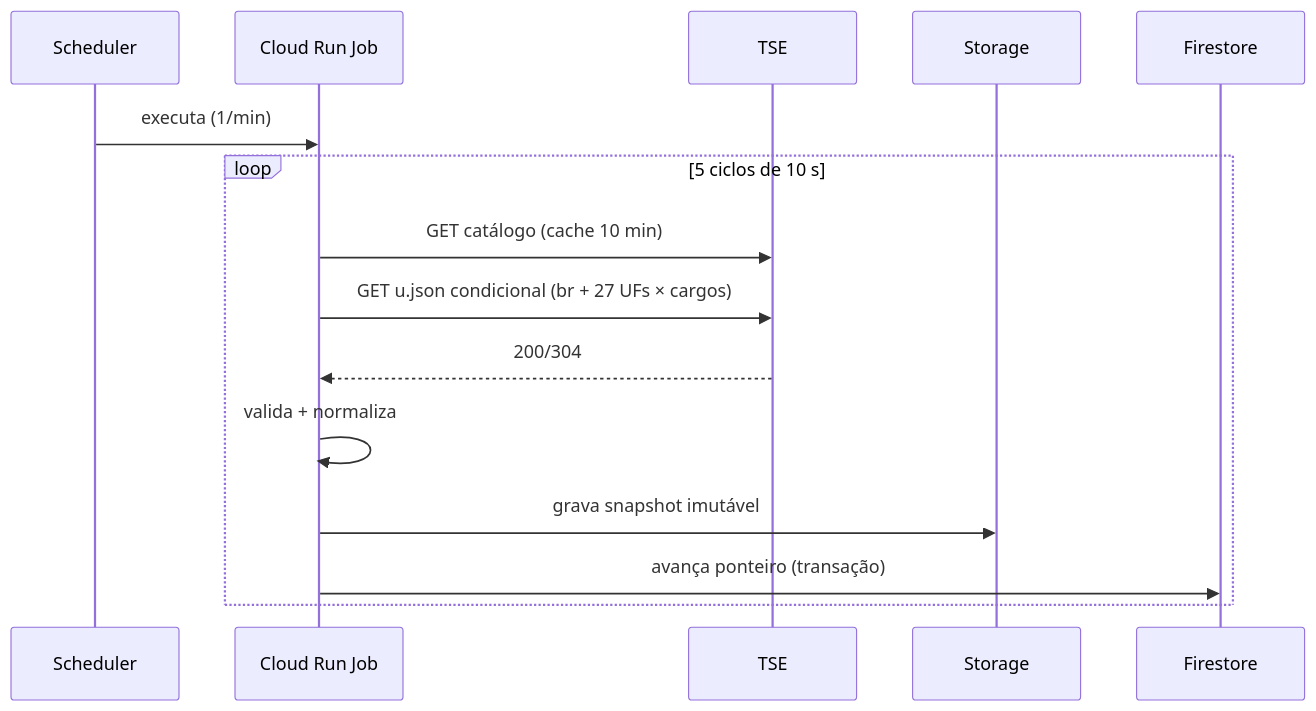
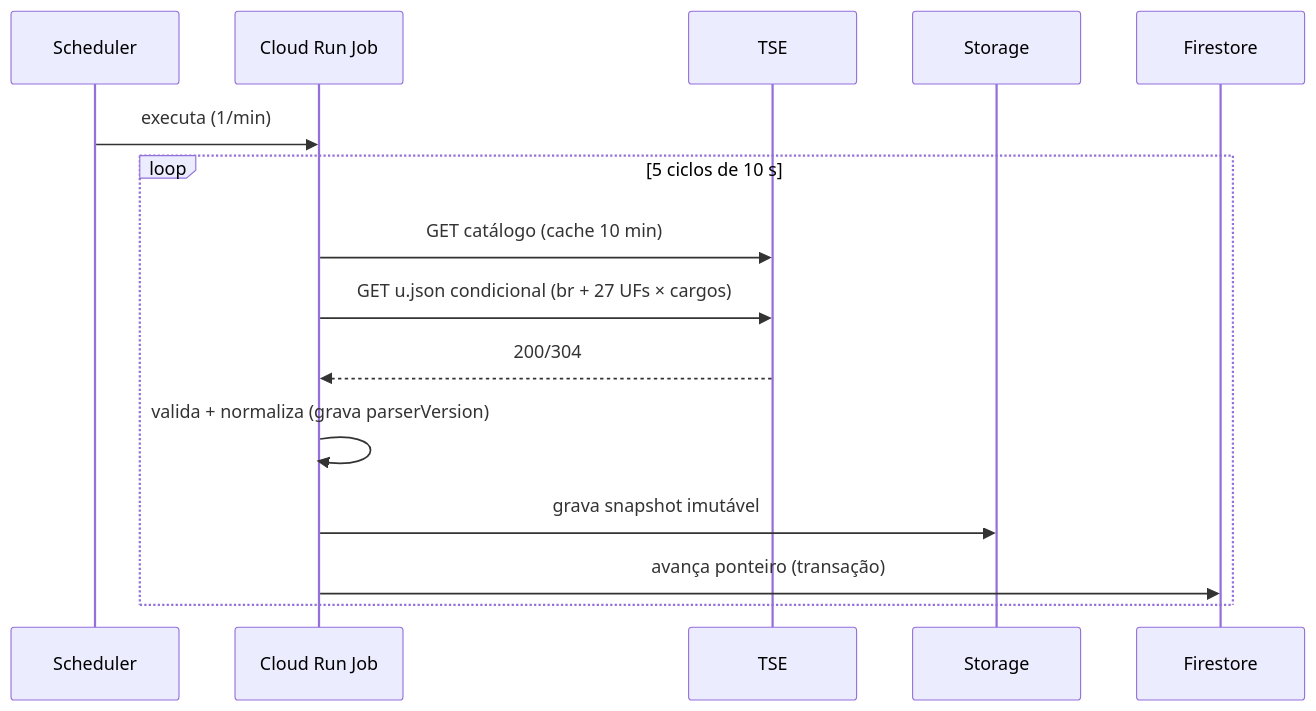
One commit to rudineybarbosa/pulso-das-urnas changed the third of 5 diagrams in docs/requisitos/08-arquitetura-e-stack.md. Above: the diagram before and after it, drawn with Mermaid. The commit also changed other lines of this file and 30 other files, not shown here.

````diff
--- a/docs/requisitos/08-arquitetura-e-stack.md
+++ b/docs/requisitos/08-arquitetura-e-stack.md
@@ -130,17 +134,17 @@
 ```mermaid
 sequenceDiagram
   participant C as Scheduler
   participant J as Cloud Run Job
   participant T as TSE
   participant S as Storage
   participant F as Firestore
   C->>J: executa (1/min)
   loop 5 ciclos de 10 s
     J->>T: GET catálogo (cache 10 min)
     J->>T: GET u.json condicional (br + 27 UFs × cargos)
     T-->>J: 200/304
-    J->>J: valida + normaliza
+    J->>J: valida + normaliza (grava parserVersion)
     J->>S: grava snapshot imutável
     J->>F: avança ponteiro (transação)
   end
 ```
````
